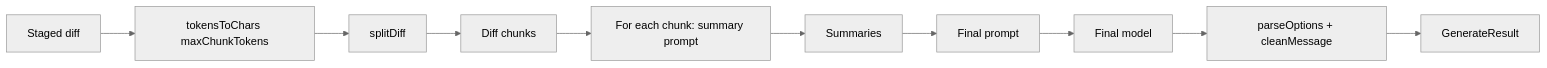
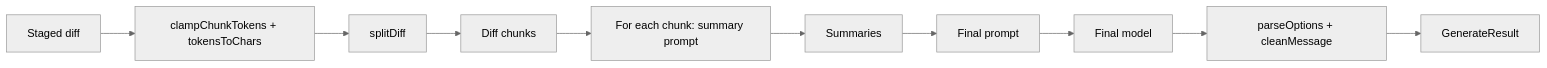
One commit to synmux/claude-commit changed the fourth of 7 diagrams in WALKTHROUGH.md. Above: the diagram before and after it, drawn with Mermaid (neutral theme). The commit also changed other lines of this file and 4 other files, not shown here.

````diff
--- a/WALKTHROUGH.md
+++ b/WALKTHROUGH.md
@@ -167,12 +169,12 @@
 ```mermaid
 flowchart LR
-  diff[Staged diff] --> budget[tokensToChars maxChunkTokens]
+  diff[Staged diff] --> budget[clampChunkTokens + tokensToChars]
   budget --> split[splitDiff]
   split --> chunks[Diff chunks]
   chunks --> summaryLoop[For each chunk: summary prompt]
   summaryLoop --> summaries[Summaries]
   summaries --> finalPrompt[Final prompt]
   finalPrompt --> finalModel[Final model]
   finalModel --> clean[parseOptions + cleanMessage]
   clean --> result[GenerateResult]
 ```
````
